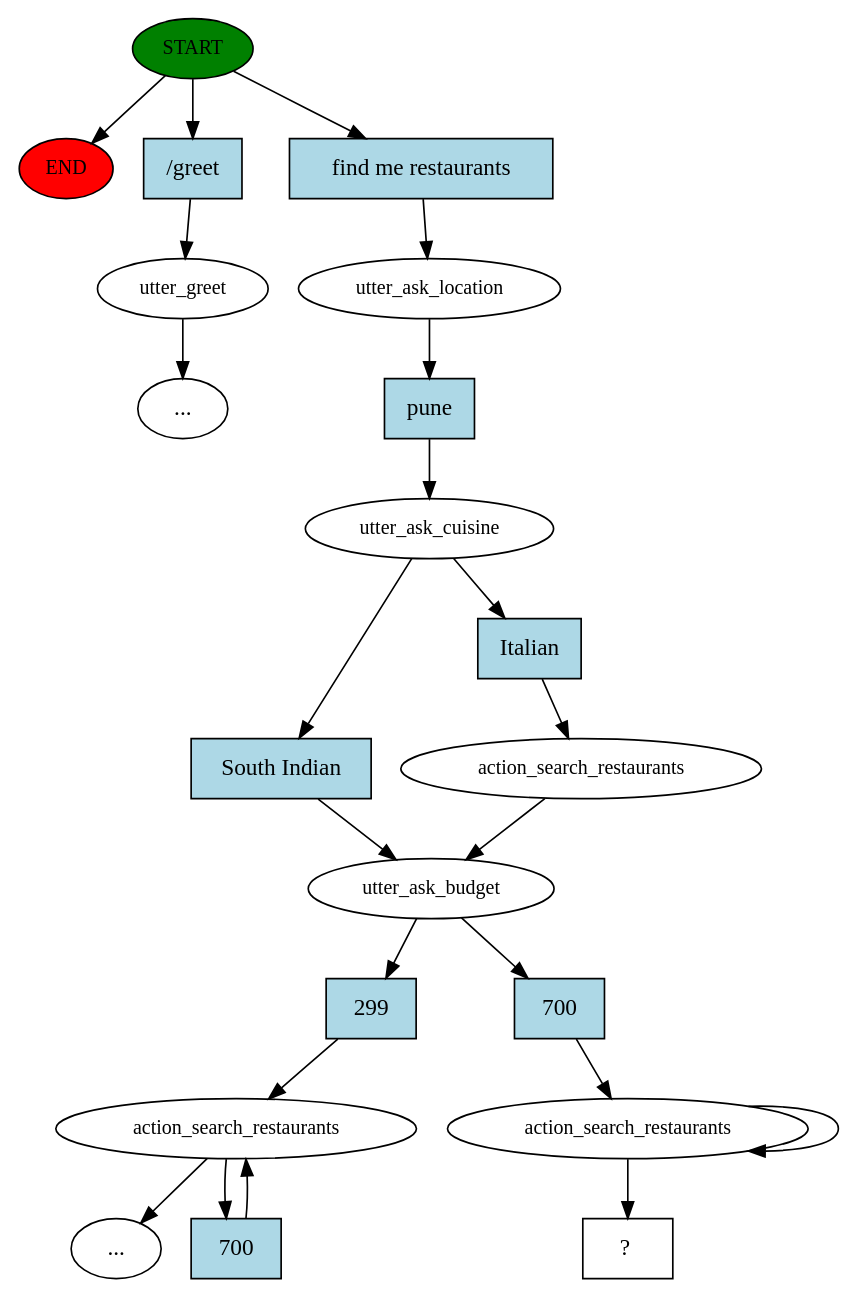
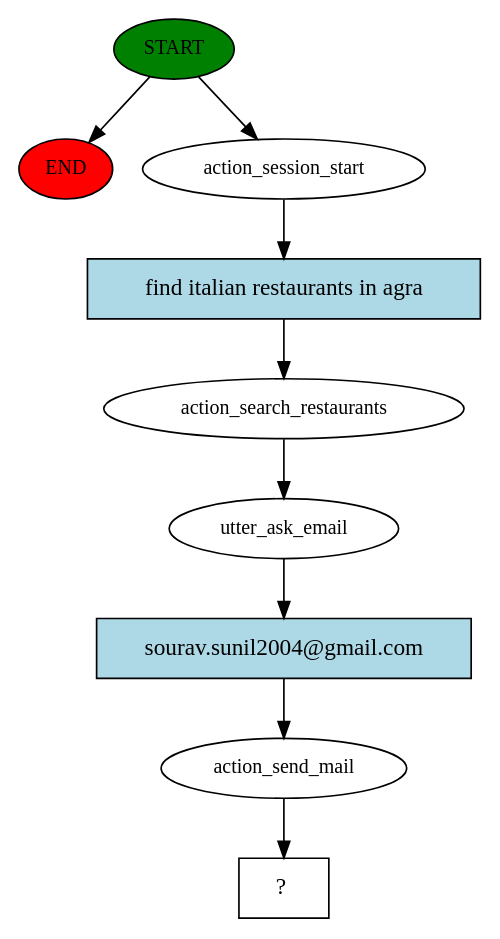
One commit to thegreatluka/zomato-bot changed the diagram in story_graph.dot. Above: the diagram before and after it, drawn with Graphviz. The commit also changed 3 other files, not shown here.

```diff
--- a/story_graph.dot
+++ b/story_graph.dot
@@ -1,44 +1,19 @@
 digraph  {
 0 [class="start active", fillcolor=green, fontsize=12, label=START, style=filled];
 "-1" [class=end, fillcolor=red, fontsize=12, label=END, style=filled];
-1 [class="", fontsize=12, label=utter_greet];
-"-9" [class=ellipsis, label="..."];
-8 [class=active, fontsize=12, label=utter_ask_location];
-9 [class=active, fontsize=12, label=utter_ask_cuisine];
-10 [class=active, fontsize=12, label=utter_ask_budget];
-11 [class="", fontsize=12, label=action_search_restaurants];
-"-10" [class=ellipsis, label="..."];
-15 [class=active, fontsize=12, label=action_search_restaurants];
-17 [class=active, fontsize=12, label=action_search_restaurants];
-20 [class="intent dashed active", label="  ?  ", shape=rect];
-21 [class=intent, fillcolor=lightblue, label="/greet", shape=rect, style=filled];
-22 [class="intent active", fillcolor=lightblue, label="find me restaurants", shape=rect, style=filled];
-23 [class="intent active", fillcolor=lightblue, label=pune, shape=rect, style=filled];
-24 [class=intent, fillcolor=lightblue, label="South Indian", shape=rect, style=filled];
-25 [class="intent active", fillcolor=lightblue, label=Italian, shape=rect, style=filled];
-26 [class=intent, fillcolor=lightblue, label=299, shape=rect, style=filled];
-27 [class="intent active", fillcolor=lightblue, label=700, shape=rect, style=filled];
-28 [class=intent, fillcolor=lightblue, label=700, shape=rect, style=filled];
+1 [class=active, fontsize=12, label=action_session_start];
+2 [class=active, fontsize=12, label=action_search_restaurants];
+3 [class=active, fontsize=12, label=utter_ask_email];
+4 [class=active, fontsize=12, label=action_send_mail];
+5 [class="intent dashed active", label="  ?  ", shape=rect];
+6 [class="intent active", fillcolor=lightblue, label="find italian restaurants in agra", shape=rect, style=filled];
+7 [class="intent active", fillcolor=lightblue, label="sourav.sunil2004@gmail.com", shape=rect, style=filled];
 0 -> "-1"  [class="", key=NONE, label=""];
-0 -> 21  [class="", key=0];
-0 -> 22  [class=active, key=0];
-1 -> "-9"  [class="", key=NONE, label=""];
-8 -> 23  [class=active, key=0];
-9 -> 24  [class="", key=0];
-9 -> 25  [class=active, key=0];
-10 -> 26  [class="", key=0];
-10 -> 27  [class=active, key=0];
-11 -> "-10"  [class="", key=NONE, label=""];
-11 -> 28  [class="", key=0];
-15 -> 10  [class=active, key=NONE, label=""];
-17 -> 17  [class=active, key=NONE, label=""];
-17 -> 20  [class=active, key=NONE, label=""];
-21 -> 1  [class="", key=0];
-22 -> 8  [class=active, key=0];
-23 -> 9  [class=active, key=0];
-24 -> 10  [class="", key=0];
-25 -> 15  [class=active, key=0];
-26 -> 11  [class="", key=0];
-27 -> 17  [class=active, key=0];
-28 -> 11  [class="", key=0];
+0 -> 1  [class=active, key=NONE, label=""];
+1 -> 6  [class=active, key=0];
+2 -> 3  [class=active, key=NONE, label=""];
+3 -> 7  [class=active, key=0];
+4 -> 5  [class=active, key=NONE, label=""];
+6 -> 2  [class=active, key=0];
+7 -> 4  [class=active, key=0];
 }
```
